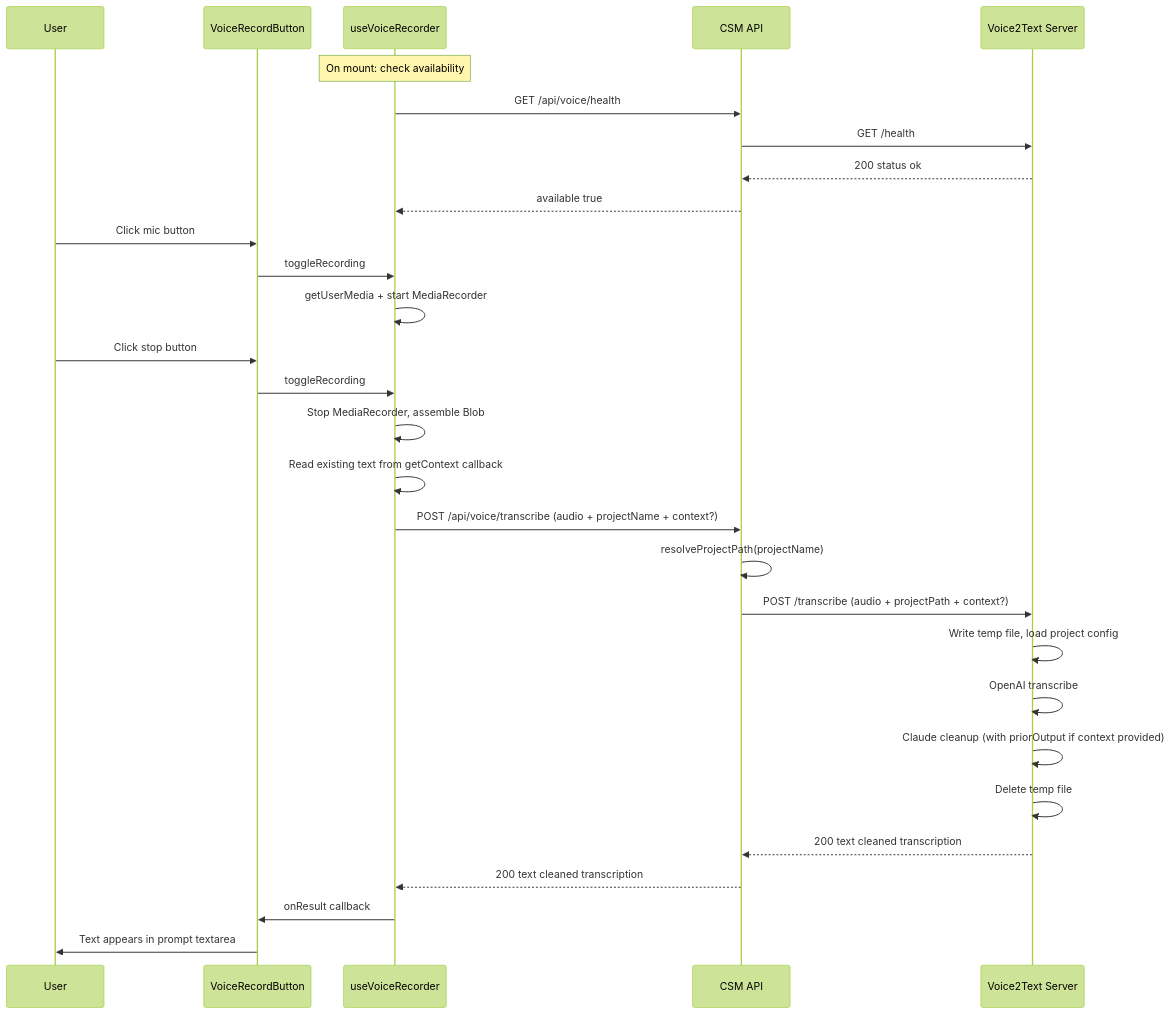
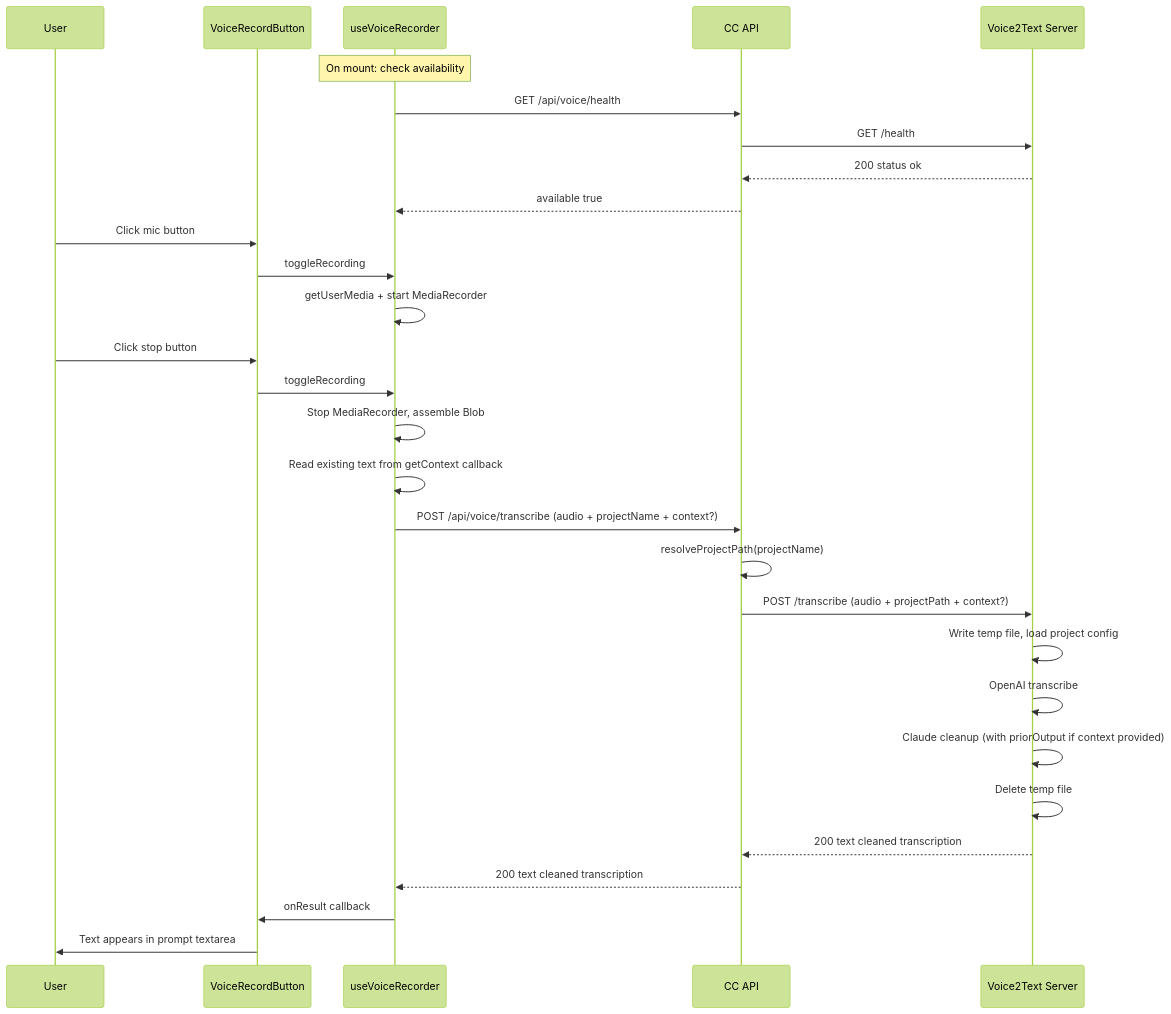
The second of 2 diagrams in .kiro/specs/voice-transcription-integration/design.md (amhuppert/remote-ai-manager), drawn with Mermaid (forest theme) before and after one commit. The commit also changed other lines of this file and 141 other files, not shown here.

````diff
--- a/.kiro/specs/voice-transcription-integration/design.md
+++ b/.kiro/specs/voice-transcription-integration/design.md
@@ -94,34 +94,34 @@
 ```mermaid
 sequenceDiagram
     participant U as User
     participant VRB as VoiceRecordButton
     participant Hook as useVoiceRecorder
-    participant CSM as CSM API
+    participant CC as CC API
     participant V2T as Voice2Text Server
 
     Note over Hook: On mount: check availability
-    Hook->>CSM: GET /api/voice/health
-    CSM->>V2T: GET /health
-    V2T-->>CSM: 200 status ok
-    CSM-->>Hook: available true
+    Hook->>CC: GET /api/voice/health
+    CC->>V2T: GET /health
+    V2T-->>CC: 200 status ok
+    CC-->>Hook: available true
 
     U->>VRB: Click mic button
     VRB->>Hook: toggleRecording
     Hook->>Hook: getUserMedia + start MediaRecorder
 
     U->>VRB: Click stop button
     VRB->>Hook: toggleRecording
     Hook->>Hook: Stop MediaRecorder, assemble Blob
     Hook->>Hook: Read existing text from getContext callback
-    Hook->>CSM: POST /api/voice/transcribe (audio + projectName + context?)
-    CSM->>CSM: resolveProjectPath(projectName)
-    CSM->>V2T: POST /transcribe (audio + projectPath + context?)
+    Hook->>CC: POST /api/voice/transcribe (audio + projectName + context?)
+    CC->>CC: resolveProjectPath(projectName)
+    CC->>V2T: POST /transcribe (audio + projectPath + context?)
     V2T->>V2T: Write temp file, load project config
     V2T->>V2T: OpenAI transcribe
     V2T->>V2T: Claude cleanup (with priorOutput if context provided)
     V2T->>V2T: Delete temp file
-    V2T-->>CSM: 200 text cleaned transcription
-    CSM-->>Hook: 200 text cleaned transcription
+    V2T-->>CC: 200 text cleaned transcription
+    CC-->>Hook: 200 text cleaned transcription
     Hook->>VRB: onResult callback
     VRB->>U: Text appears in prompt textarea
 ```
````
